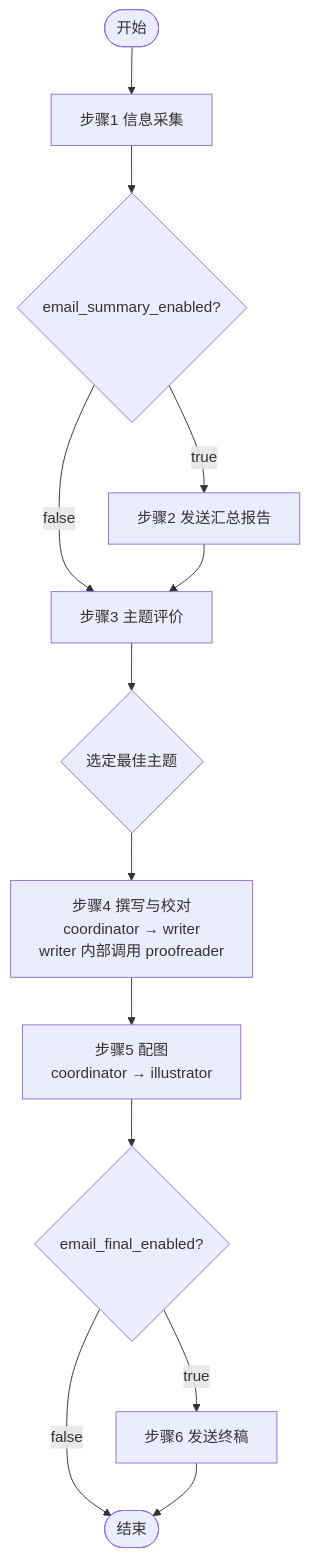
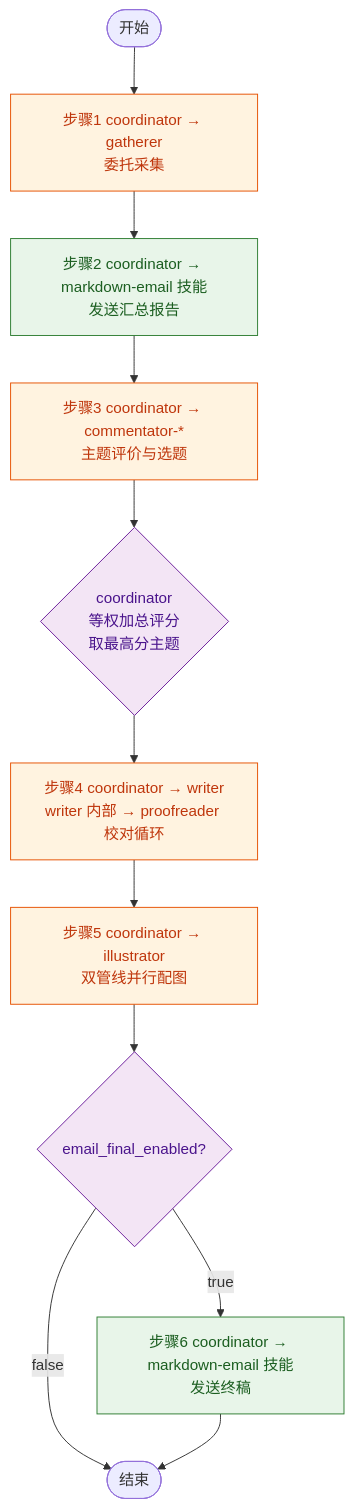
One commit to bruce1977/penbot changed the diagram in workflows/workflow_mp-auto-pipeline.md. Above: the diagram before and after it, drawn with Mermaid. The commit also changed other lines of this file and 3 other files, not shown here.

````diff
--- a/workflows/workflow_mp-auto-pipeline.md
+++ b/workflows/workflow_mp-auto-pipeline.md
@@ -25,15 +25,23 @@
 ```mermaid
 flowchart TD
-    S([开始]) --> S1[步骤1 信息采集]
-    S1 --> E2{email_summary_enabled?}
-    E2 -- true --> S2[步骤2 发送汇总报告]
-    E2 -- false --> S3
-    S2 --> S3[步骤3 主题评价]
-    S3 --> D{选定最佳主题}
-    D --> S4[步骤4 撰写与校对<br/>coordinator → writer<br/>writer 内部调用 proofreader]
-    S4 --> S5[步骤5 配图<br/>coordinator → illustrator]
-    S5 --> E7{email_final_enabled?}
-    E7 -- true --> S6[步骤6 发送终稿]
-    E7 -- false --> F
-    S6 --> F([结束])
+    classDef coord fill:#e3f2fd,stroke:#1565c0,stroke-width:1px,color:#0d47a1
+    classDef delegate fill:#fff3e0,stroke:#e65100,stroke-width:1px,color:#bf360c
+    classDef direct fill:#e8f5e9,stroke:#2e7d32,stroke-width:1px,color:#1b5e20
+    classDef decision fill:#f3e5f5,stroke:#6a1b9a,stroke-width:1px,color:#4a148c
+
+    S([开始]) --> G1[步骤1 coordinator → gatherer<br/>委托采集]
+    G1 --> G2[步骤2 coordinator → markdown-email 技能<br/>发送汇总报告]
+    G2 --> G3[步骤3 coordinator → commentator-*<br/>主题评价与选题]
+    G3 --> D{coordinator<br/>等权加总评分<br/>取最高分主题}
+    D --> G4[步骤4 coordinator → writer<br/>writer 内部 → proofreader 校对循环]
+    G4 --> G5[步骤5 coordinator → illustrator<br/>双管线并行配图]
+    G5 --> E2{email_final_enabled?}
+    E2 -- true --> G6[步骤6 coordinator → markdown-email 技能<br/>发送终稿]
+    E2 -- false --> F
+    G6 --> F([结束])
+
+    class S,F startend
+    class G1,G3,G4,G5 delegate
+    class G2,G6 direct
+    class D,E2 decision
 ```
````
